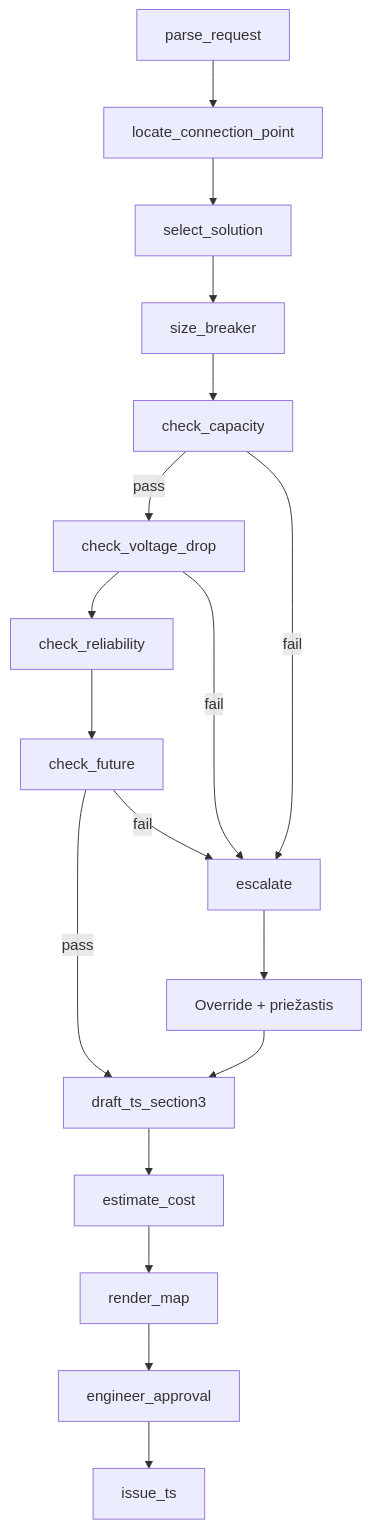
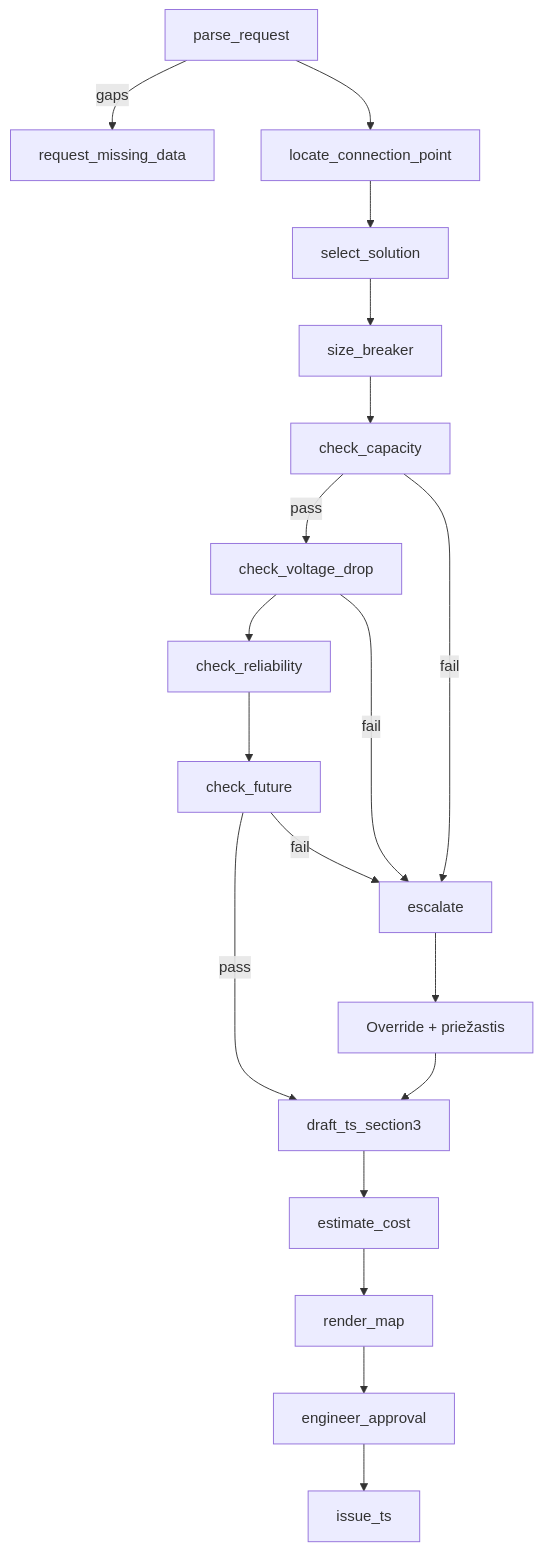
Before and after one commit to VentureJuozas/ESO-automation: the second of 2 diagrams in docs/ARCHITECTURE.md, drawn with Mermaid. The commit also changed other lines of this file and 26 other files, not shown here.

First line of the commit message:
Add guided presentation, missing-data resume, and a live what-if.

````diff
--- a/docs/ARCHITECTURE.md
+++ b/docs/ARCHITECTURE.md
@@ -18,12 +18,13 @@
 ```mermaid
 flowchart TD
+  parse_request -->|gaps| request_missing_data
   parse_request --> locate_connection_point --> select_solution --> size_breaker
   size_breaker --> check_capacity
   check_capacity -->|pass| check_voltage_drop --> check_reliability --> check_future
   check_future -->|pass| draft_ts_section3 --> estimate_cost --> render_map --> engineer_approval --> issue_ts
   check_capacity -->|fail| escalate
   check_voltage_drop -->|fail| escalate
   check_future -->|fail| escalate
   escalate --> engineer_override[Override + priežastis]
   engineer_override --> draft_ts_section3
 ```
````
